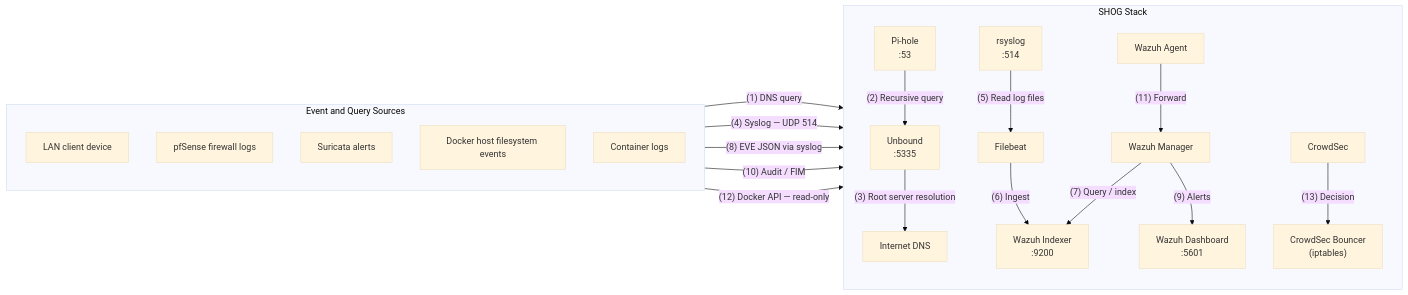
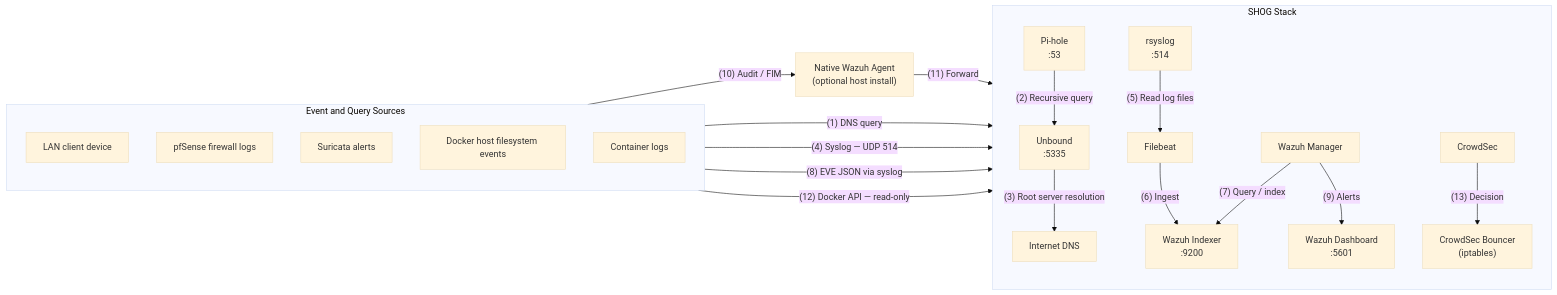
The fourth of 4 diagrams in docs/architecture.md (MIjashRajthala/Sentinel-stack), drawn with Mermaid (base theme) before and after one commit. The commit also changed other lines of this file and 12 other files, not shown here.

````diff
--- a/docs/architecture.md
+++ b/docs/architecture.md
@@ -97,43 +97,44 @@
 ```mermaid
 flowchart LR
     subgraph sources["Event and Query Sources"]
         direction TB
         device["LAN client device"]
         firewall["pfSense firewall logs"]
         suricata["Suricata alerts"]
         hostfs["Docker host filesystem events"]
         containerlogs["Container logs"]
     end
 
     subgraph shog["SHOG Stack"]
         direction TB
         pihole["Pi-hole<br/>:53"]
         unbound["Unbound<br/>:5335"]
         internetdns["Internet DNS"]
         rsyslog["rsyslog<br/>:514"]
         filebeat["Filebeat"]
         indexer["Wazuh Indexer<br/>:9200"]
         manager["Wazuh Manager"]
         dashboard["Wazuh Dashboard<br/>:5601"]
-        agent["Wazuh Agent"]
         crowdsec["CrowdSec"]
         bouncer["CrowdSec Bouncer<br/>(iptables)"]
     end
+
+    nativeagent["Native Wazuh Agent<br/>(optional host install)"]
 
     device -->|"(1) DNS query"| pihole
     pihole -->|"(2) Recursive query"| unbound
     unbound -->|"(3) Root server resolution"| internetdns
 
     firewall -->|"(4) Syslog — UDP 514"| rsyslog
     rsyslog -->|"(5) Read log files"| filebeat
     filebeat -->|"(6) Ingest"| indexer
     manager -->|"(7) Query / index"| indexer
     suricata -->|"(8) EVE JSON via syslog"| manager
     manager -->|"(9) Alerts"| dashboard
 
-    hostfs -->|"(10) Audit / FIM"| agent
-    agent -->|"(11) Forward"| manager
+    hostfs -->|"(10) Audit / FIM"| nativeagent
+    nativeagent -->|"(11) Forward"| manager
 
     containerlogs -->|"(12) Docker API — read-only"| crowdsec
     crowdsec -->|"(13) Decision"| bouncer
 ```
````
